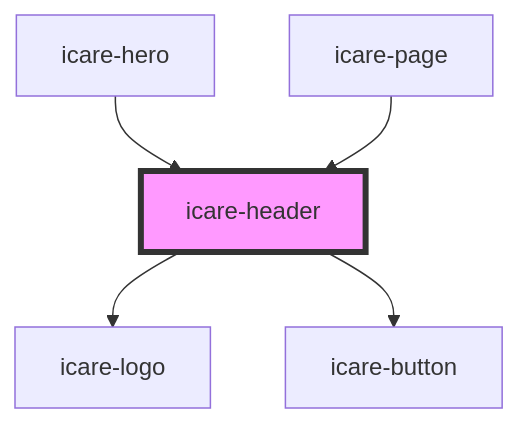
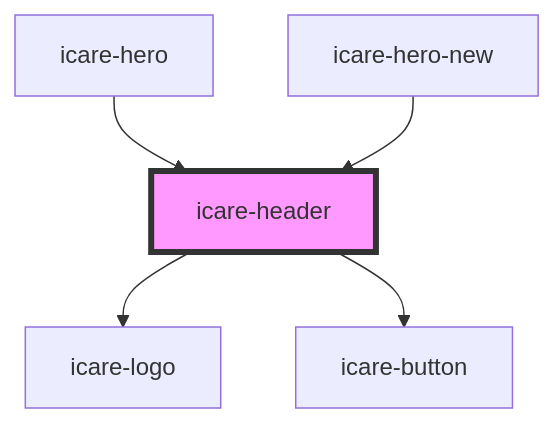
Before and after one commit to ajkirwan1/icare-components: the diagram in src/components/icare-header/readme.md, drawn with Mermaid. The commit also changed other lines of this file and 35 other files, not shown here.

````diff
--- a/src/components/icare-header/readme.md
+++ b/src/components/icare-header/readme.md
@@ -28,8 +28,8 @@
 ```mermaid
 graph TD;
   icare-header --> icare-logo
   icare-header --> icare-button
   icare-hero --> icare-header
-  icare-page --> icare-header
+  icare-hero-new --> icare-header
   style icare-header fill:#f9f,stroke:#333,stroke-width:4px
 ```
````
